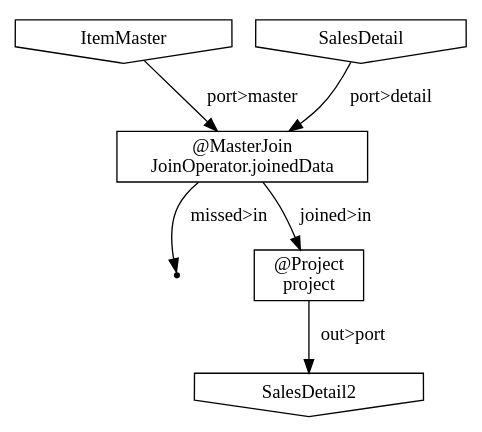
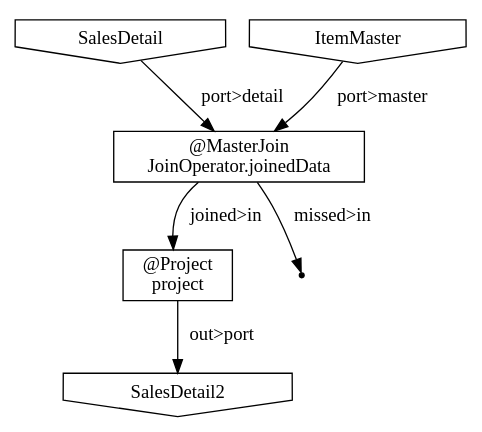
The diagram in target/batchcwork/FirstStepBatch/MainJobFlow/build/bin/META-INF/visualize/flowgraph.dot (ironpeace/Asakusa-FirstStep), drawn with Graphviz before and after one commit. The commit also changed 39 other files, not shown here.

```diff
--- a/target/batchcwork/FirstStepBatch/MainJobFlow/build/bin/META-INF/visualize/flowgraph.dot
+++ b/target/batchcwork/FirstStepBatch/MainJobFlow/build/bin/META-INF/visualize/flowgraph.dot
@@ -1,13 +1,13 @@
 digraph {
-    "0476ec8b-1f28-42a4-bba9-bef3927bfc2a" [shape=invhouse, label="SalesDetail2"];
-    "12c97d5f-0dec-4770-83c3-ea49f960fd18" [shape=point];
-    "eb094e58-2309-40b0-b314-b491fb929435" [shape=invhouse, label="ItemMaster"];
-    "1b8609d6-f3f2-4075-aa44-c60365c61a80" [shape=box, label="@Project\nproject"];
-    "1f3ae889-3e7f-43a7-bab4-209466b6796f" [shape=invhouse, label="SalesDetail"];
-    "b97f1091-6c1b-4809-85ba-d01baa19696a" [shape=box, label="@MasterJoin\nJoinOperator.joinedData"];
-    "eb094e58-2309-40b0-b314-b491fb929435" -> "b97f1091-6c1b-4809-85ba-d01baa19696a" [label="port>master"];
-    "1b8609d6-f3f2-4075-aa44-c60365c61a80" -> "0476ec8b-1f28-42a4-bba9-bef3927bfc2a" [label="out>port"];
-    "1f3ae889-3e7f-43a7-bab4-209466b6796f" -> "b97f1091-6c1b-4809-85ba-d01baa19696a" [label="port>detail"];
-    "b97f1091-6c1b-4809-85ba-d01baa19696a" -> "1b8609d6-f3f2-4075-aa44-c60365c61a80" [label="joined>in"];
-    "b97f1091-6c1b-4809-85ba-d01baa19696a" -> "12c97d5f-0dec-4770-83c3-ea49f960fd18" [label="missed>in"];
+    "338bbe1a-2ab4-4a78-928b-ffb25073122c" [shape=box, label="@MasterJoin\nJoinOperator.joinedData"];
+    "25514b61-1177-4d3d-9260-0370e4fb36d7" [shape=invhouse, label="SalesDetail"];
+    "791e82ee-34fc-47dd-91e4-1b0622c600ec" [shape=invhouse, label="SalesDetail2"];
+    "dc5dfd9c-9e28-497c-95fb-1482af55e550" [shape=invhouse, label="ItemMaster"];
+    "91cac594-d3b2-4d65-8fcb-25b587cb0373" [shape=box, label="@Project\nproject"];
+    "10d7e2c6-de33-4e8f-b71a-11eeea0b9f54" [shape=point];
+    "338bbe1a-2ab4-4a78-928b-ffb25073122c" -> "91cac594-d3b2-4d65-8fcb-25b587cb0373" [label="joined>in"];
+    "338bbe1a-2ab4-4a78-928b-ffb25073122c" -> "10d7e2c6-de33-4e8f-b71a-11eeea0b9f54" [label="missed>in"];
+    "25514b61-1177-4d3d-9260-0370e4fb36d7" -> "338bbe1a-2ab4-4a78-928b-ffb25073122c" [label="port>detail"];
+    "dc5dfd9c-9e28-497c-95fb-1482af55e550" -> "338bbe1a-2ab4-4a78-928b-ffb25073122c" [label="port>master"];
+    "91cac594-d3b2-4d65-8fcb-25b587cb0373" -> "791e82ee-34fc-47dd-91e4-1b0622c600ec" [label="out>port"];
 }
```
